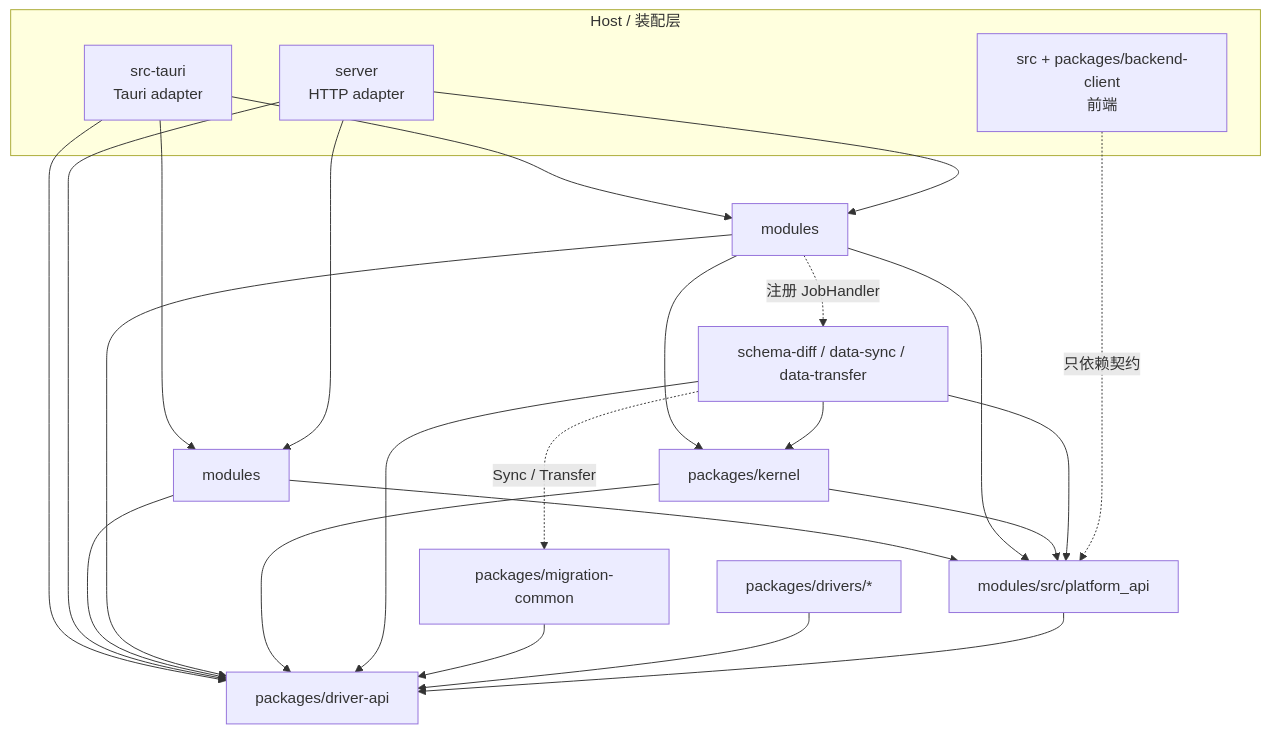
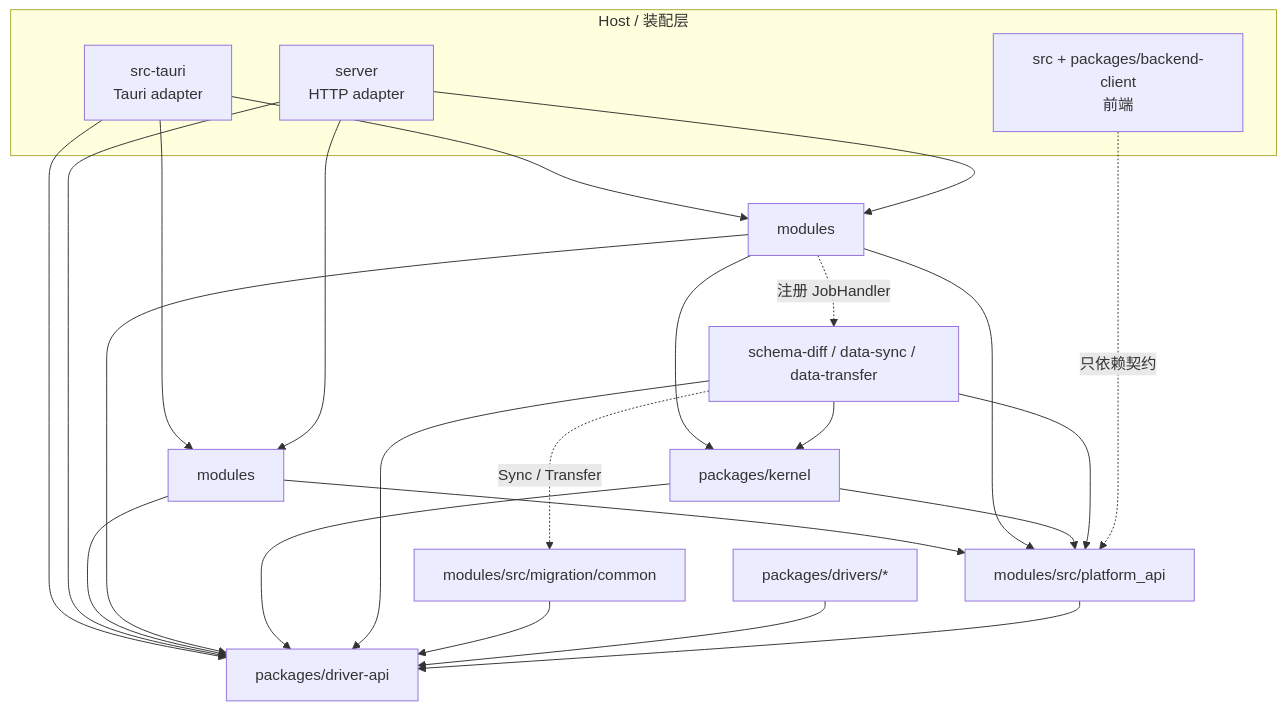
Before and after one commit to flyxl/datazen: the first of 4 diagrams in docs/architecture/platform/shared-boundaries-and-ports.md, drawn with Mermaid. The commit also changed other lines of this file and 621 other files, not shown here.

````diff
--- a/docs/architecture/platform/shared-boundaries-and-ports.md
+++ b/docs/architecture/platform/shared-boundaries-and-ports.md
@@ -119,39 +119,39 @@
 ```mermaid
 flowchart TD
     subgraph host[Host / 装配层]
         TA[src-tauri<br/>Tauri adapter]
         SRV[server<br/>HTTP adapter]
         FE[src + packages/backend-client<br/>前端]
     end
     APP[modules]
     RT[modules]
     KER[packages/kernel]
     PA[modules/src/platform_api]
     DAPI[packages/driver-api]
     DOM[schema-diff / data-sync / data-transfer]
-    MC[packages/migration-common]
+    MC[modules/src/migration/common]
     DRV[packages/drivers/*]
 
     TA --> APP
     TA --> RT
     TA --> DAPI
     SRV --> APP
     SRV --> RT
     SRV --> DAPI
     APP --> PA
     APP --> DAPI
     RT --> PA
     RT --> DAPI
     RT --> KER
     KER --> PA
     KER --> DAPI
     DOM --> KER
     RT -.注册 JobHandler.-> DOM
     DOM --> PA
     DOM --> DAPI
     DOM -.Sync / Transfer.-> MC
     MC --> DAPI
     DRV --> DAPI
     PA --> DAPI
     FE -.只依赖契约.-> PA
 ```
````
